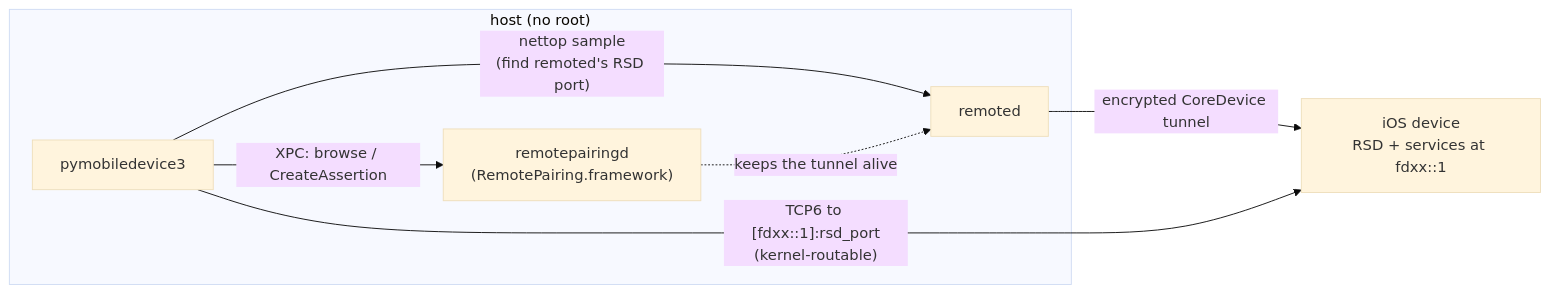
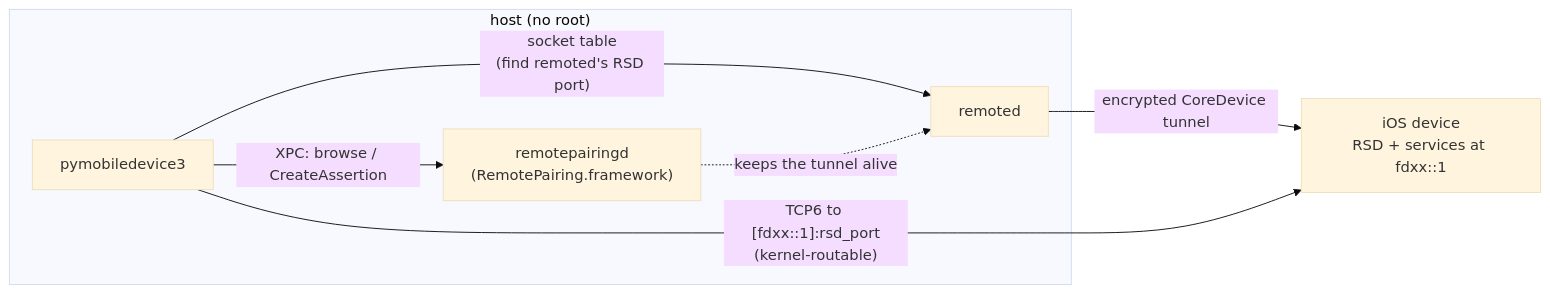
One commit to doronz88/pymobiledevice3 changed the seventh of 7 diagrams in docs/guides/network-stacks.md. Above: the diagram before and after it, drawn with Mermaid (base theme). The commit also changed other lines of this file and 2 other files, not shown here.

First line of the commit message:
native_tunnel: Find remoted's RSD port in an orphaned sysctl's socket table

````diff
--- a/docs/guides/network-stacks.md
+++ b/docs/guides/network-stacks.md
@@ -229,15 +229,15 @@
 ```mermaid
 flowchart LR
     subgraph host["host (no root)"]
         cli["pymobiledevice3"]
         rp["remotepairingd<br/>(RemotePairing.framework)"]
         rd["remoted"]
     end
     dev["iOS device<br/>RSD + services at fdxx::1"]
 
     cli -->|"XPC: browse / CreateAssertion"| rp
-    cli -->|"nettop sample<br/>(find remoted's RSD port)"| rd
+    cli -->|"socket table<br/>(find remoted's RSD port)"| rd
     rp -.->|"keeps the tunnel alive"| rd
     rd -->|"encrypted CoreDevice tunnel"| dev
     cli -->|"TCP6 to [fdxx::1]:rsd_port<br/>(kernel-routable)"| dev
 ```
````
